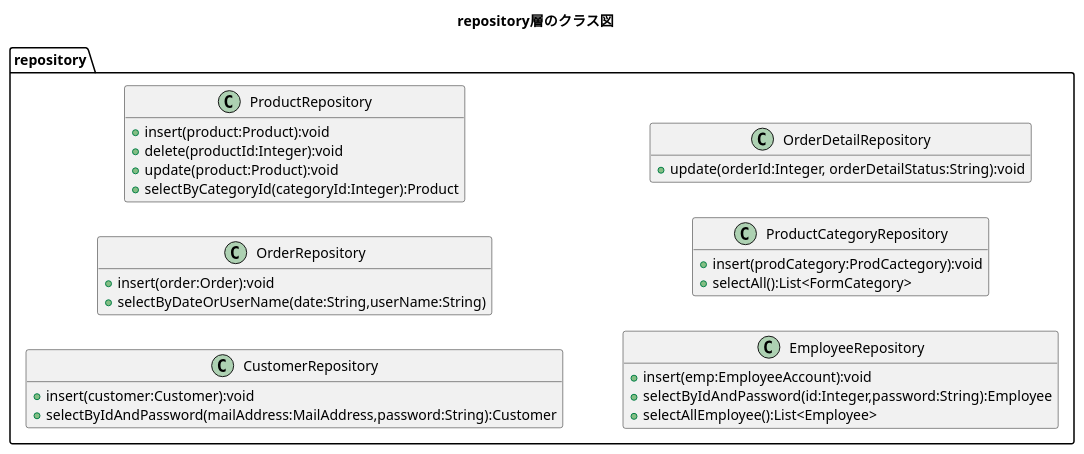
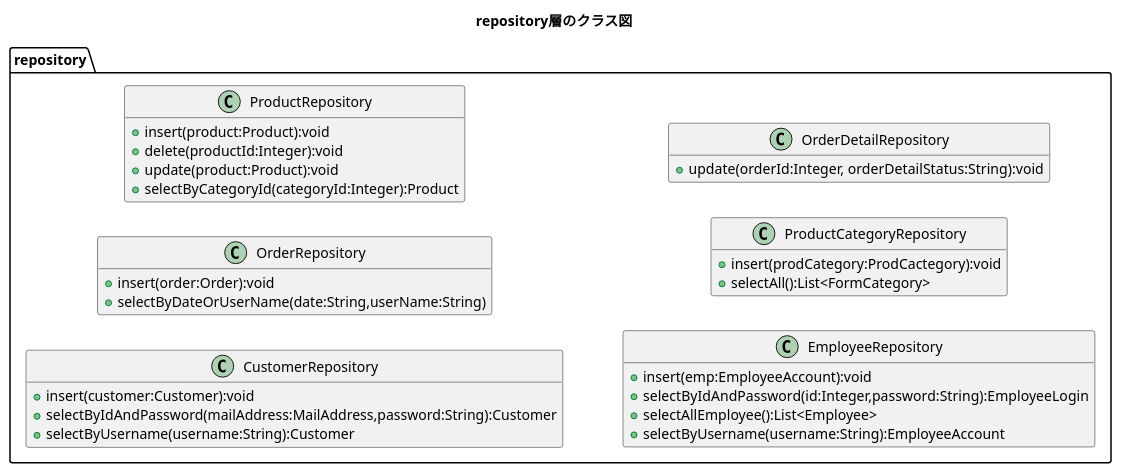
Before and after one commit to kanavii3333/ec-b: the diagram in plan/uml/class/repository.plantuml, drawn with PlantUML. The commit also changed 6 other files, not shown here.

Commit message:
repository層のクラス図修正

```diff
--- a/plan/uml/class/repository.plantuml
+++ b/plan/uml/class/repository.plantuml
@@ -1,39 +1,41 @@
 @startuml
 title repository層のクラス図
 hide empty members
 left to right direction
 
 package repository{
     class CustomerRepository{
         +insert(customer:Customer):void
         +selectByIdAndPassword(mailAddress:MailAddress,password:String):Customer
+        +selectByUsername(username:String):Customer
     }
 
     class OrderRepository{
         +insert(order:Order):void
         +selectByDateOrUserName(date:String,userName:String)
     }
 
     class ProductRepository{
         +insert(product:Product):void
         +delete(productId:Integer):void
         +update(product:Product):void
         +selectByCategoryId(categoryId:Integer):Product
     }
 
     class EmployeeRepository{
         +insert(emp:EmployeeAccount):void
-        +selectByIdAndPassword(id:Integer,password:String):Employee
+        +selectByIdAndPassword(id:Integer,password:String):EmployeeLogin
         +selectAllEmployee():List<Employee>
+        +selectByUsername(username:String):EmployeeAccount
     }
 
     class ProductCategoryRepository{
         +insert(prodCategory:ProdCactegory):void
         +selectAll():List<FormCategory>
     }
 
     class OrderDetailRepository{
         +update(orderId:Integer, orderDetailStatus:String):void
     }
 }
 @enduml
```
